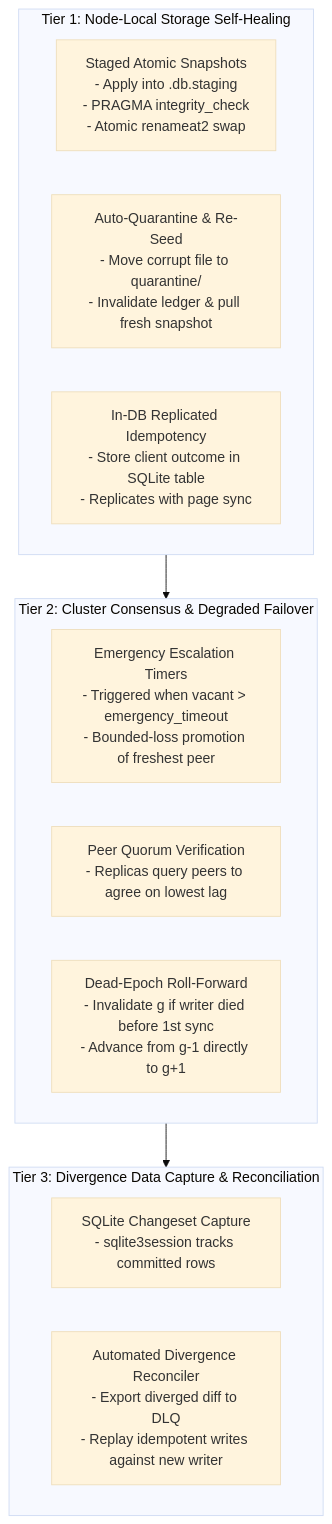
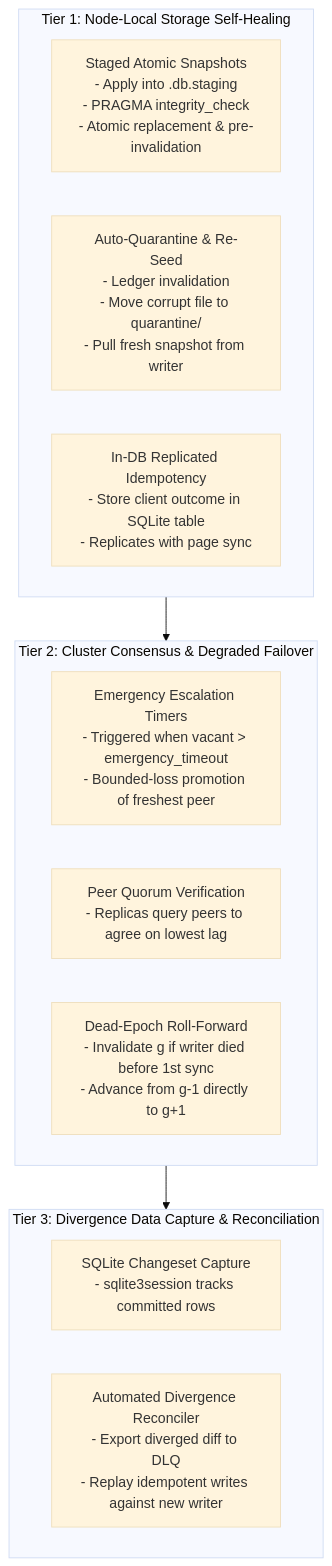
One commit to sria91/hasqlite changed the diagram in docs/automated-recovery.md. Above: the diagram before and after it, drawn with Mermaid (base theme). The commit also changed other lines of this file and 2 other files, not shown here.

````diff
--- a/docs/automated-recovery.md
+++ b/docs/automated-recovery.md
@@ -34,21 +34,21 @@
 ```mermaid
 flowchart TD
     subgraph S1 ["Tier 1: Node-Local Storage Self-Healing"]
-        T1A["Staged Atomic Snapshots\n- Apply into .db.staging\n- PRAGMA integrity_check\n- Atomic renameat2 swap"]
-        T1B["Auto-Quarantine & Re-Seed\n- Move corrupt file to quarantine/\n- Invalidate ledger & pull fresh snapshot"]
+        T1A["Staged Atomic Snapshots\n- Apply into .db.staging\n- PRAGMA integrity_check\n- Atomic replacement & pre-invalidation"]
+        T1B["Auto-Quarantine & Re-Seed\n- Ledger invalidation\n- Move corrupt file to quarantine/\n- Pull fresh snapshot from writer"]
         T1C["In-DB Replicated Idempotency\n- Store client outcome in SQLite table\n- Replicates with page sync"]
     end
 
     subgraph S2 ["Tier 2: Cluster Consensus & Degraded Failover"]
         T2A["Emergency Escalation Timers\n- Triggered when vacant > emergency_timeout\n- Bounded-loss promotion of freshest peer"]
         T2B["Peer Quorum Verification\n- Replicas query peers to agree on lowest lag"]
         T2C["Dead-Epoch Roll-Forward\n- Invalidate g if writer died before 1st sync\n- Advance from g-1 directly to g+1"]
     end
 
     subgraph S3 ["Tier 3: Divergence Data Capture & Reconciliation"]
         T3A["SQLite Changeset Capture\n- sqlite3session tracks committed rows"]
         T3B["Automated Divergence Reconciler\n- Export diverged diff to DLQ\n- Replay idempotent writes against new writer"]
     end
 
     S1 --> S2 --> S3
 ```
````
